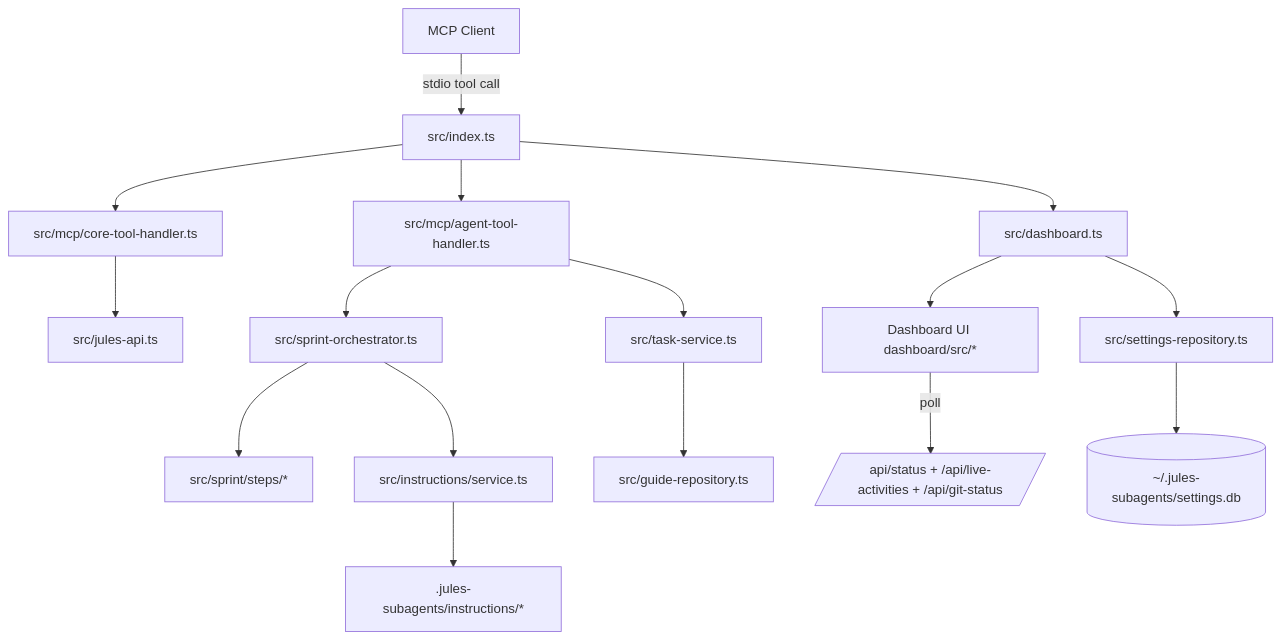
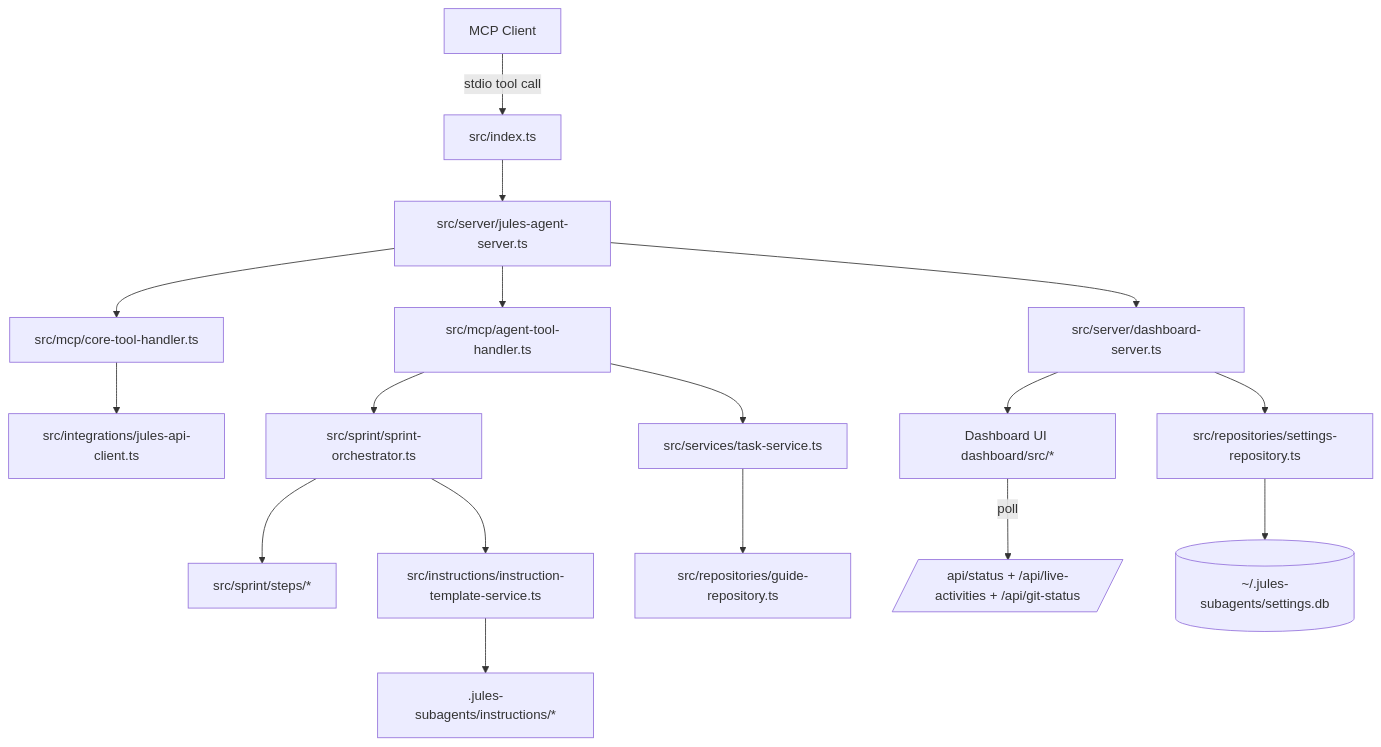
Before and after one commit to codeux-ai/codeux: the diagram in docs/architecture/system-overview.md, drawn with Mermaid. The commit also changed other lines of this file and 56 other files, not shown here.

Commit message:
refactor: reorganize src modules and split server bootstrap

````diff
--- a/docs/architecture/system-overview.md
+++ b/docs/architecture/system-overview.md
@@ -50,18 +55,19 @@
 ```mermaid
 flowchart TD
   A[MCP Client] -->|stdio tool call| B[src/index.ts]
-  B --> C[src/mcp/core-tool-handler.ts]
-  B --> D[src/mcp/agent-tool-handler.ts]
-  C --> E[src/jules-api.ts]
-  D --> F[src/sprint-orchestrator.ts]
+  B --> R[src/server/jules-agent-server.ts]
+  R --> C[src/mcp/core-tool-handler.ts]
+  R --> D[src/mcp/agent-tool-handler.ts]
+  C --> E[src/integrations/jules-api-client.ts]
+  D --> F[src/sprint/sprint-orchestrator.ts]
   F --> G[src/sprint/steps/*]
-  F --> H[src/instructions/service.ts]
+  F --> H[src/instructions/instruction-template-service.ts]
   H --> I[.jules-subagents/instructions/*]
-  D --> J[src/task-service.ts]
-  J --> K[src/guide-repository.ts]
-  B --> L[src/dashboard.ts]
+  D --> J[src/services/task-service.ts]
+  J --> K[src/repositories/guide-repository.ts]
+  R --> L[src/server/dashboard-server.ts]
   L --> M[Dashboard UI dashboard/src/*]
   M -->|poll| N[/api/status + /api/live-activities + /api/git-status/]
-  L --> O[src/settings-repository.ts]
+  L --> O[src/repositories/settings-repository.ts]
   O --> P[(~/.jules-subagents/settings.db)]
 ```
````
